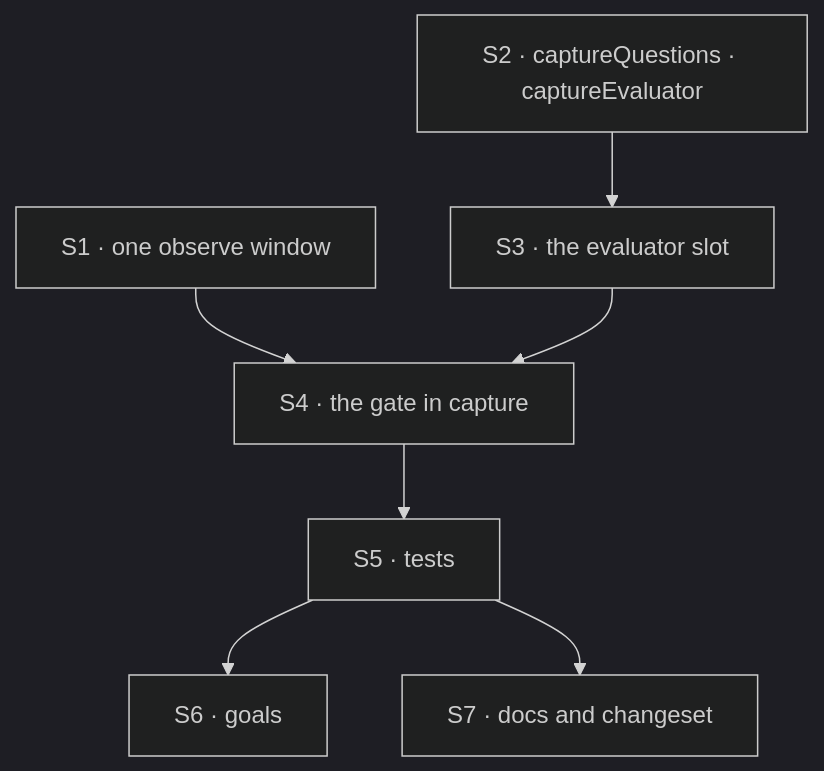
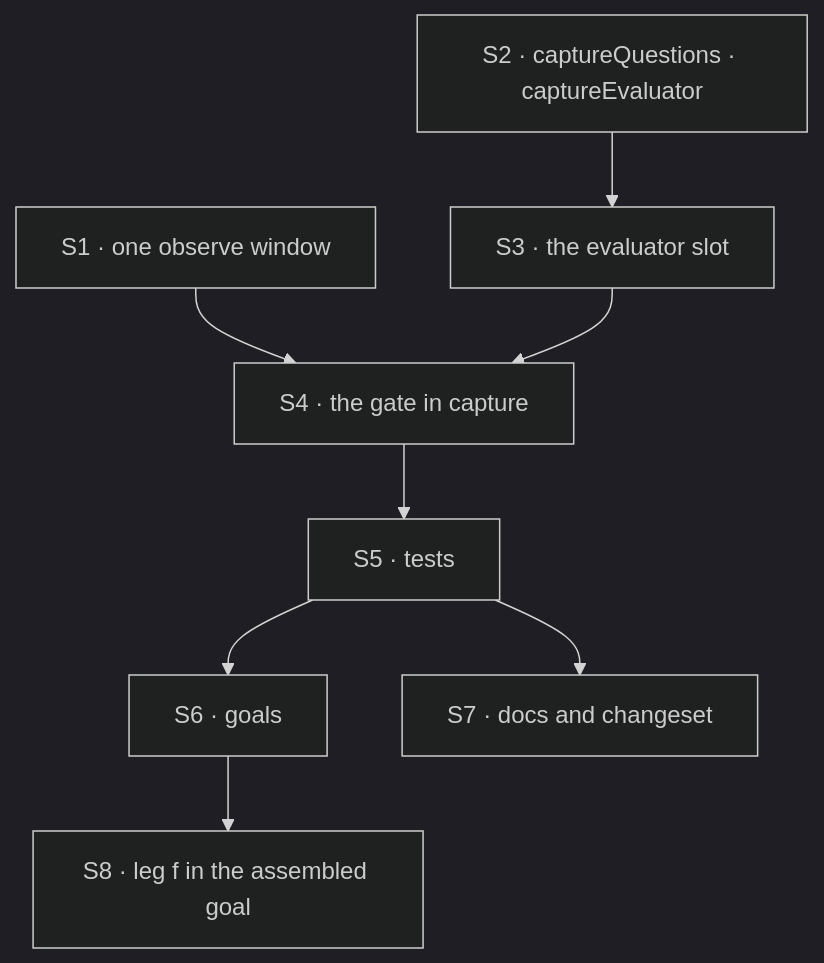
The diagram in specs/issues/FIX-1555/PLAN.md (fixpoint-labs/flow-state-dev), drawn with Mermaid (dark theme) before and after one commit. The commit also changed other lines of this file and 9 other files, not shown here.

````diff
--- a/specs/issues/FIX-1555/PLAN.md
+++ b/specs/issues/FIX-1555/PLAN.md
@@ -27,9 +28,10 @@
 ```mermaid
 flowchart TD
   S1["S1 · one observe window"] --> S4["S4 · the gate in capture"]
   S2["S2 · captureQuestions · captureEvaluator"] --> S3["S3 · the evaluator slot"]
   S3 --> S4
   S4 --> S5["S5 · tests"]
   S5 --> S6["S6 · goals"]
   S5 --> S7["S7 · docs and changeset"]
+  S6 --> S8["S8 · leg f in the assembled goal"]
 ```
````
